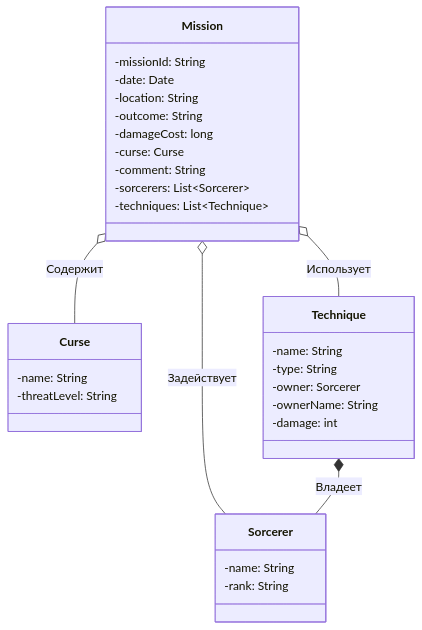
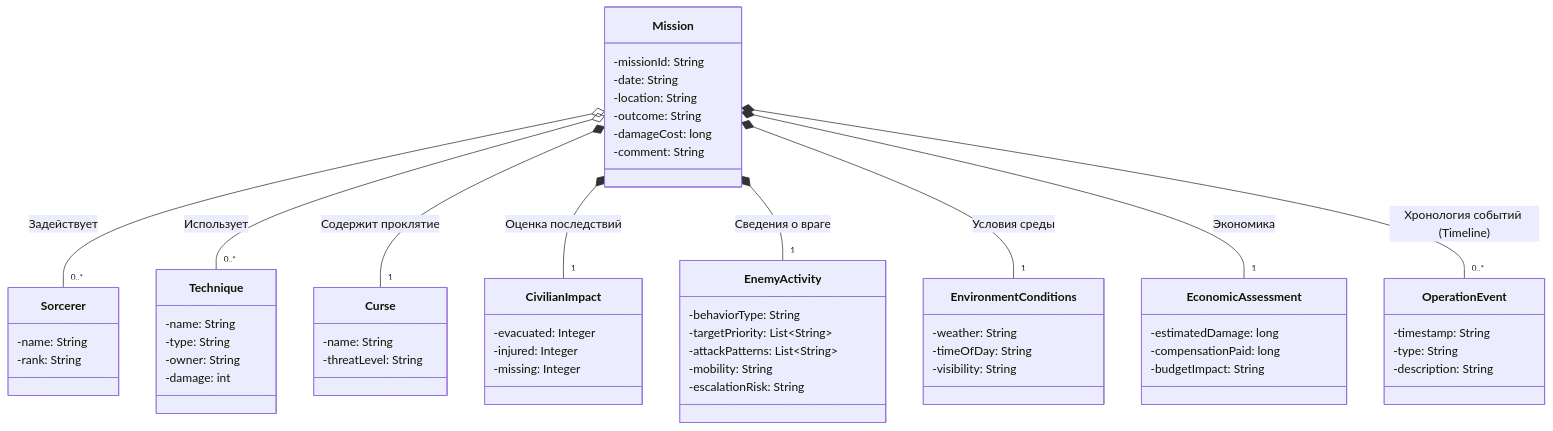
The diagram in conceptual.mermaid (andrejmaznin/AppDevLabs), drawn with Mermaid before and after one commit. The commit also changed 3 other files, not shown here.

Commit message:
diagrams, fix

```diff
--- a/conceptual.mermaid
+++ b/conceptual.mermaid
@@ -1,42 +1,70 @@
----
-config:
-  theme: default
----
-
+%%{init: {'theme': 'default', 'themeVariables': { 'background': '#ffffff' }}}%%
 classDiagram
 
     class Mission {
         -missionId: String
-        -date: Date
+        -date: String
         -location: String
         -outcome: String
         -damageCost: long
-        -curse: Curse
         -comment: String
-        -sorcerers: List~Sorcerer~
-        -techniques: List~Technique~
     }
 
     class Curse {
         -name: String
         -threatLevel: String
     }
 
     class Sorcerer {
         -name: String
         -rank: String
     }
 
     class Technique {
         -name: String
         -type: String
-        -owner: Sorcerer
-        -ownerName: String
+        -owner: String
         -damage: int
     }
 
+    class CivilianImpact {
+        -evacuated: Integer
+        -injured: Integer
+        -missing: Integer
+    }
 
-    Mission o-- Curse : Содержит
-    Mission o-- Sorcerer : Задействует
-    Mission o-- Technique : Использует
-    Technique *-- Sorcerer : Владеет
+    class EnemyActivity {
+        -behaviorType: String
+        -targetPriority: List~String~
+        -attackPatterns: List~String~
+        -mobility: String
+        -escalationRisk: String
+    }
+
+    class EnvironmentConditions {
+        -weather: String
+        -timeOfDay: String
+        -visibility: String
+    }
+
+    class OperationEvent {
+        -timestamp: String
+        -type: String
+        -description: String
+    }
+
+    class EconomicAssessment {
+        -estimatedDamage: long
+        -compensationPaid: long
+        -budgetImpact: String
+    }
+
+Mission o-- "0..*" Sorcerer : Задействует
+Mission o-- "0..*" Technique : Использует
+
+Mission *-- "1" Curse : Содержит проклятие
+Mission *-- "1" CivilianImpact : Оценка последствий
+Mission *-- "1" EnemyActivity : Сведения о враге
+Mission *-- "1" EnvironmentConditions : Условия среды
+Mission *-- "1" EconomicAssessment : Экономика
+Mission *-- "0..*" OperationEvent : Хронология событий (Timeline)
```
